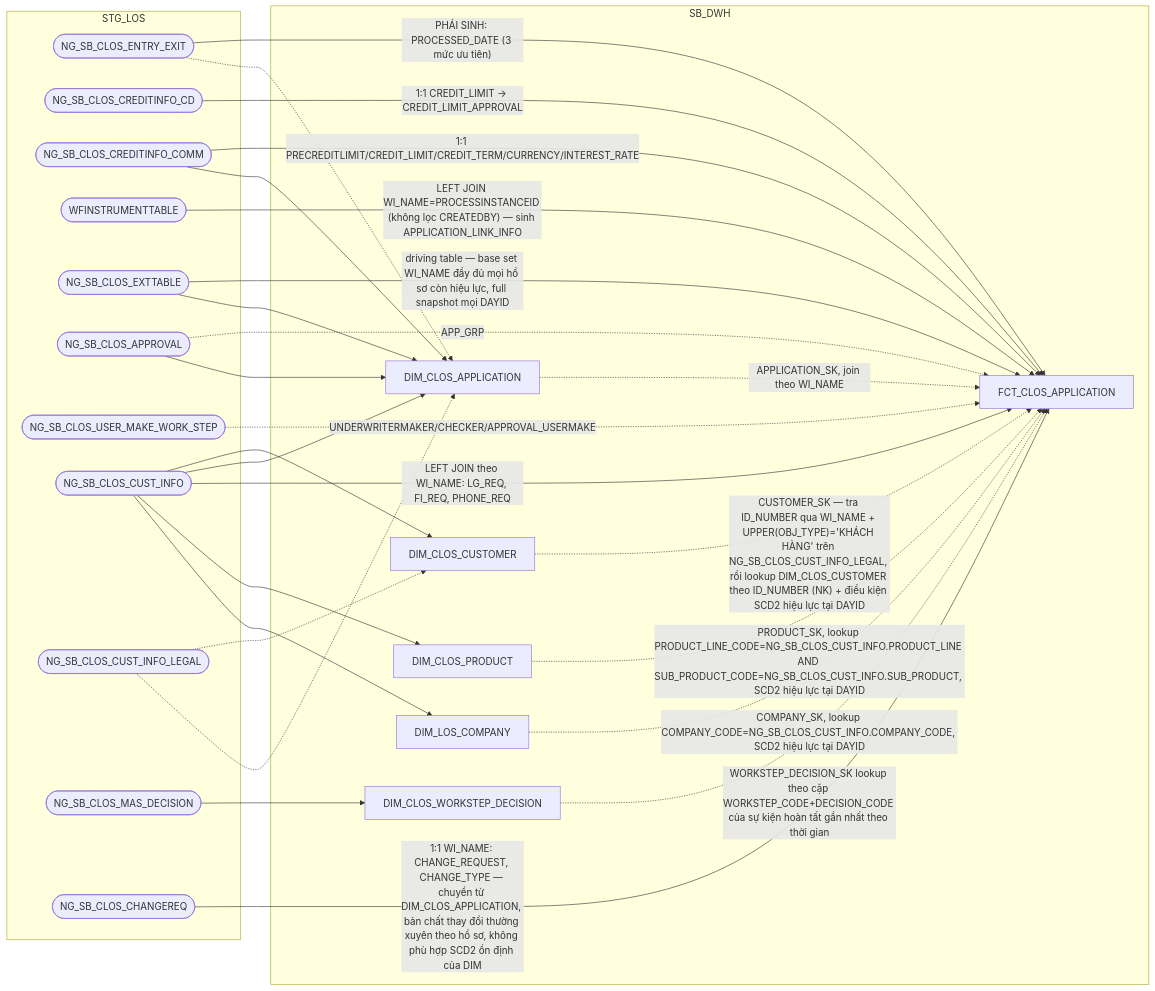
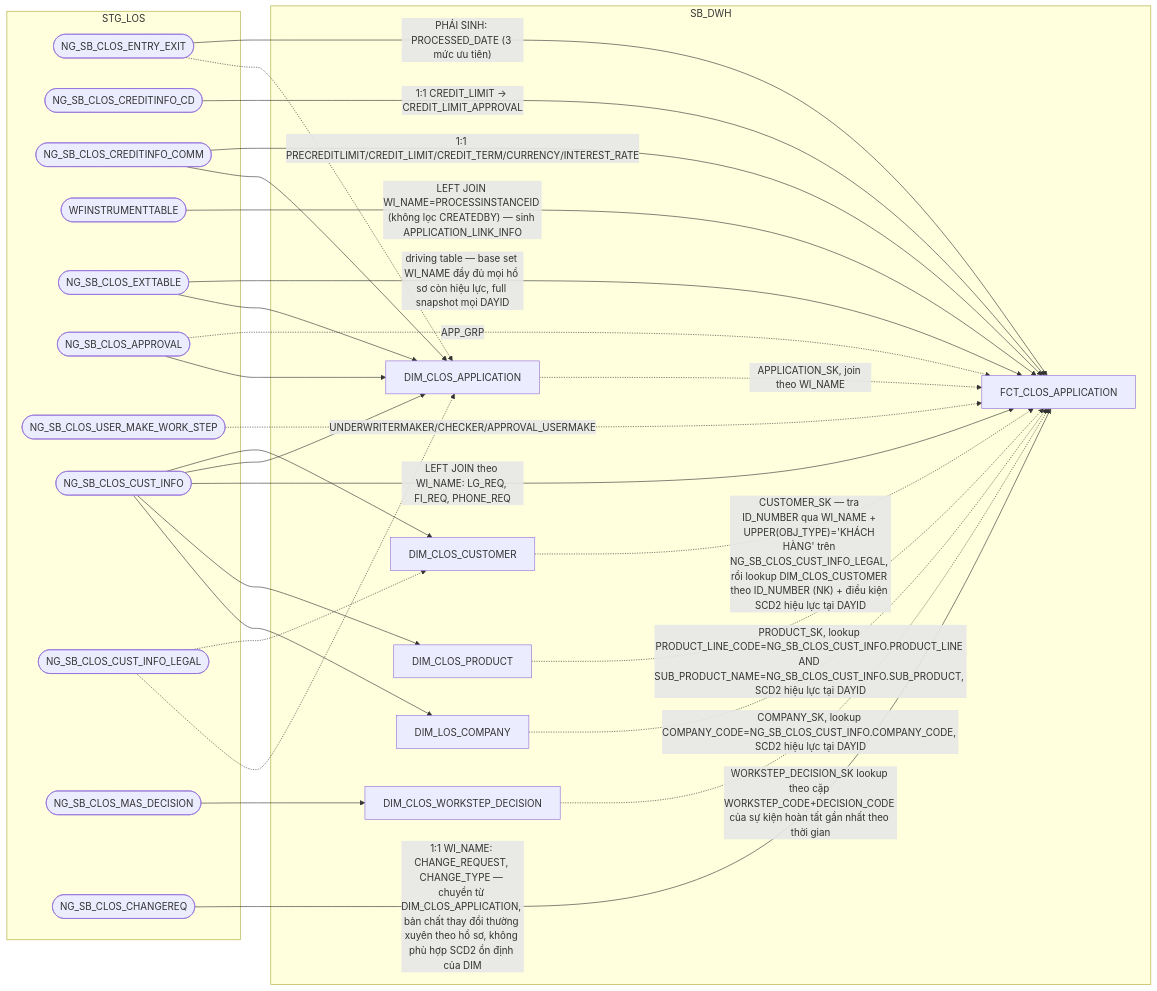
The first of 14 diagrams in hld/hld_review/HLD_FCT_SB_DWH_review.md (chien1198/sb-mapping-gen), drawn with Mermaid before and after one commit. The commit also changed other lines of this file and 39 other files, not shown here.

````diff
--- a/hld/hld_review/HLD_FCT_SB_DWH_review.md
+++ b/hld/hld_review/HLD_FCT_SB_DWH_review.md
@@ -24,49 +24,49 @@
 ```mermaid
 flowchart LR
     subgraph STG_LOS
         A(["NG_SB_CLOS_ENTRY_EXIT"])
         B(["NG_SB_CLOS_CREDITINFO_CD"])
         C(["NG_SB_CLOS_CREDITINFO_COMM"])
         D(["WFINSTRUMENTTABLE"])
         F(["NG_SB_CLOS_EXTTABLE"])
         G(["NG_SB_CLOS_APPROVAL"])
         H(["NG_SB_CLOS_USER_MAKE_WORK_STEP"])
         M(["NG_SB_CLOS_CUST_INFO"])
         ML(["NG_SB_CLOS_CUST_INFO_LEGAL"])
         MW(["NG_SB_CLOS_MAS_DECISION"])
         K1(["NG_SB_CLOS_CHANGEREQ"])
     end
     subgraph SB_DWH
         K["DIM_CLOS_CUSTOMER"]
         WD["DIM_CLOS_WORKSTEP_DECISION"]
         PR["DIM_CLOS_PRODUCT"]
         OU["DIM_LOS_COMPANY"]
         AP["DIM_CLOS_APPLICATION"]
         E["FCT_CLOS_APPLICATION"]
     end
     A -->|"PHÁI SINH: PROCESSED_DATE (3 mức ưu tiên)"| E
     B -->|1:1 CREDIT_LIMIT → CREDIT_LIMIT_APPROVAL| E
     C -->|1:1 PRECREDITLIMIT/CREDIT_LIMIT/CREDIT_TERM/CURRENCY/INTEREST_RATE| E
     D -->|"LEFT JOIN WI_NAME=PROCESSINSTANCEID (không lọc CREATEDBY) — sinh APPLICATION_LINK_INFO"| E
     F -->|"driving table — base set WI_NAME đầy đủ mọi hồ sơ còn hiệu lực, full snapshot mọi DAYID"| E
     G -.->|"APP_GRP"| E
     H -.->|"UNDERWRITERMAKER/CHECKER/APPROVAL_USERMAKE"| E
     K -.->|"CUSTOMER_SK — tra ID_NUMBER qua WI_NAME + UPPER(OBJ_TYPE)='KHÁCH HÀNG' trên NG_SB_CLOS_CUST_INFO_LEGAL, rồi lookup DIM_CLOS_CUSTOMER theo ID_NUMBER (NK) + điều kiện SCD2 hiệu lực tại DAYID"| E
     M --> K
     ML -.-> K
     MW --> WD
     WD -.->|"WORKSTEP_DECISION_SK lookup theo cặp WORKSTEP_CODE+DECISION_CODE của sự kiện hoàn tất gần nhất theo thời gian"| E
-    PR -.->|"PRODUCT_SK, lookup PRODUCT_LINE_CODE=NG_SB_CLOS_CUST_INFO.PRODUCT_LINE AND SUB_PRODUCT_CODE=NG_SB_CLOS_CUST_INFO.SUB_PRODUCT, SCD2 hiệu lực tại DAYID"| E
+    PR -.->|"PRODUCT_SK, lookup PRODUCT_LINE_CODE=NG_SB_CLOS_CUST_INFO.PRODUCT_LINE AND SUB_PRODUCT_NAME=NG_SB_CLOS_CUST_INFO.SUB_PRODUCT, SCD2 hiệu lực tại DAYID"| E
     OU -.->|"COMPANY_SK, lookup COMPANY_CODE=NG_SB_CLOS_CUST_INFO.COMPANY_CODE, SCD2 hiệu lực tại DAYID"| E
     F --> AP
     M --> AP
     ML -.-> AP
     G --> AP
     A -.-> AP
     C --> AP
     AP -.->|"APPLICATION_SK, join theo WI_NAME"| E
     M -->|"LEFT JOIN theo WI_NAME: LG_REQ, FI_REQ, PHONE_REQ"| E
     M --> PR
     M --> OU
     K1 -->|"1:1 WI_NAME: CHANGE_REQUEST, CHANGE_TYPE — chuyển từ DIM_CLOS_APPLICATION, bản chất thay đổi thường xuyên theo hồ sơ, không phù hợp SCD2 ổn định của DIM"| E
 ```
````
